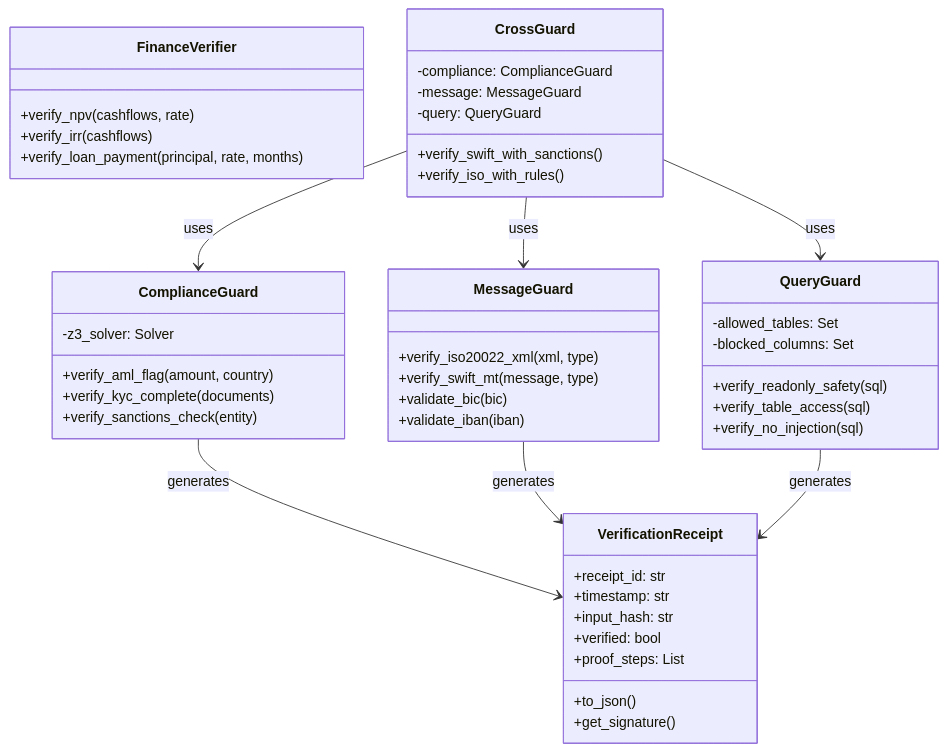
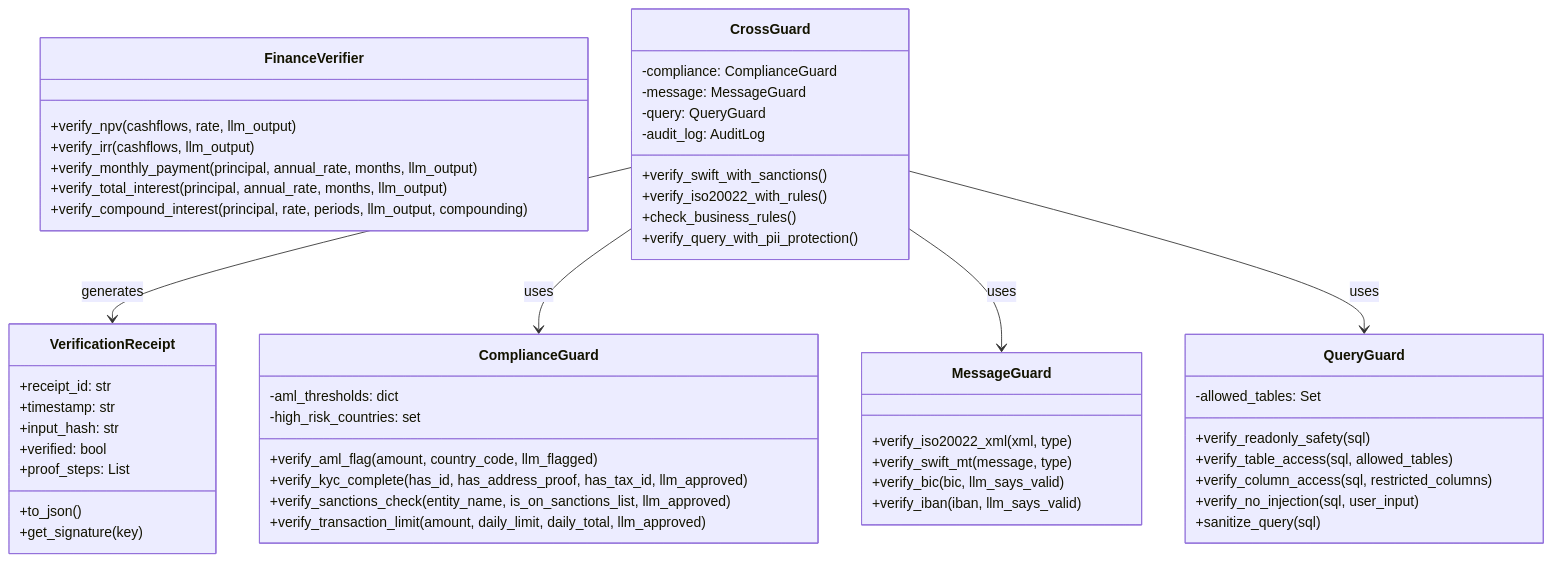
One commit to QWED-AI/qwed-finance-docs changed the seventh of 8 diagrams in finance/design.mdx. Above: the diagram before and after it, drawn with Mermaid. The commit also changed other lines of this file and 8 other files, not shown here.

````diff
--- a/finance/design.mdx
+++ b/finance/design.mdx
@@ -195,55 +202,61 @@
 ```mermaid
 classDiagram
     class FinanceVerifier {
-        +verify_npv(cashflows, rate)
-        +verify_irr(cashflows)
-        +verify_loan_payment(principal, rate, months)
+        +verify_npv(cashflows, rate, llm_output)
+        +verify_irr(cashflows, llm_output)
+        +verify_monthly_payment(principal, annual_rate, months, llm_output)
+        +verify_total_interest(principal, annual_rate, months, llm_output)
+        +verify_compound_interest(principal, rate, periods, llm_output, compounding)
     }
     
     class ComplianceGuard {
-        -z3_solver: Solver
-        +verify_aml_flag(amount, country)
-        +verify_kyc_complete(documents)
-        +verify_sanctions_check(entity)
+        -aml_thresholds: dict
+        -high_risk_countries: set
+        +verify_aml_flag(amount, country_code, llm_flagged)
+        +verify_kyc_complete(has_id, has_address_proof, has_tax_id, llm_approved)
+        +verify_sanctions_check(entity_name, is_on_sanctions_list, llm_approved)
+        +verify_transaction_limit(amount, daily_limit, daily_total, llm_approved)
     }
     
     class MessageGuard {
         +verify_iso20022_xml(xml, type)
         +verify_swift_mt(message, type)
-        +validate_bic(bic)
-        +validate_iban(iban)
+        +verify_bic(bic, llm_says_valid)
+        +verify_iban(iban, llm_says_valid)
     }
     
     class QueryGuard {
         -allowed_tables: Set
-        -blocked_columns: Set
         +verify_readonly_safety(sql)
-        +verify_table_access(sql)
-        +verify_no_injection(sql)
+        +verify_table_access(sql, allowed_tables)
+        +verify_column_access(sql, restricted_columns)
+        +verify_no_injection(sql, user_input)
+        +sanitize_query(sql)
     }
     
     class VerificationReceipt {
         +receipt_id: str
         +timestamp: str
         +input_hash: str
         +verified: bool
         +proof_steps: List
         +to_json()
-        +get_signature()
+        +get_signature(key)
     }
     
     class CrossGuard {
         -compliance: ComplianceGuard
         -message: MessageGuard
         -query: QueryGuard
+        -audit_log: AuditLog
         +verify_swift_with_sanctions()
-        +verify_iso_with_rules()
+        +verify_iso20022_with_rules()
+        +check_business_rules()
+        +verify_query_with_pii_protection()
     }
-    
-    ComplianceGuard --> VerificationReceipt : generates
-    MessageGuard --> VerificationReceipt : generates
-    QueryGuard --> VerificationReceipt : generates
+
+    CrossGuard --> VerificationReceipt : generates
     CrossGuard --> ComplianceGuard : uses
     CrossGuard --> MessageGuard : uses
     CrossGuard --> QueryGuard : uses
 ```
````
